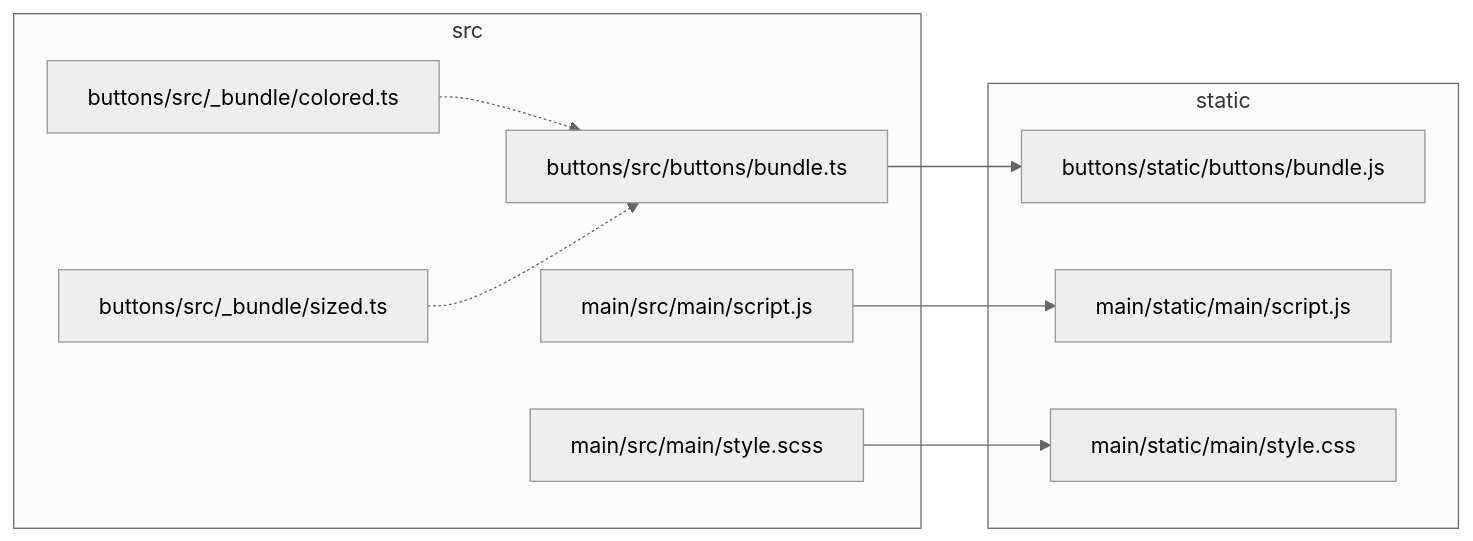
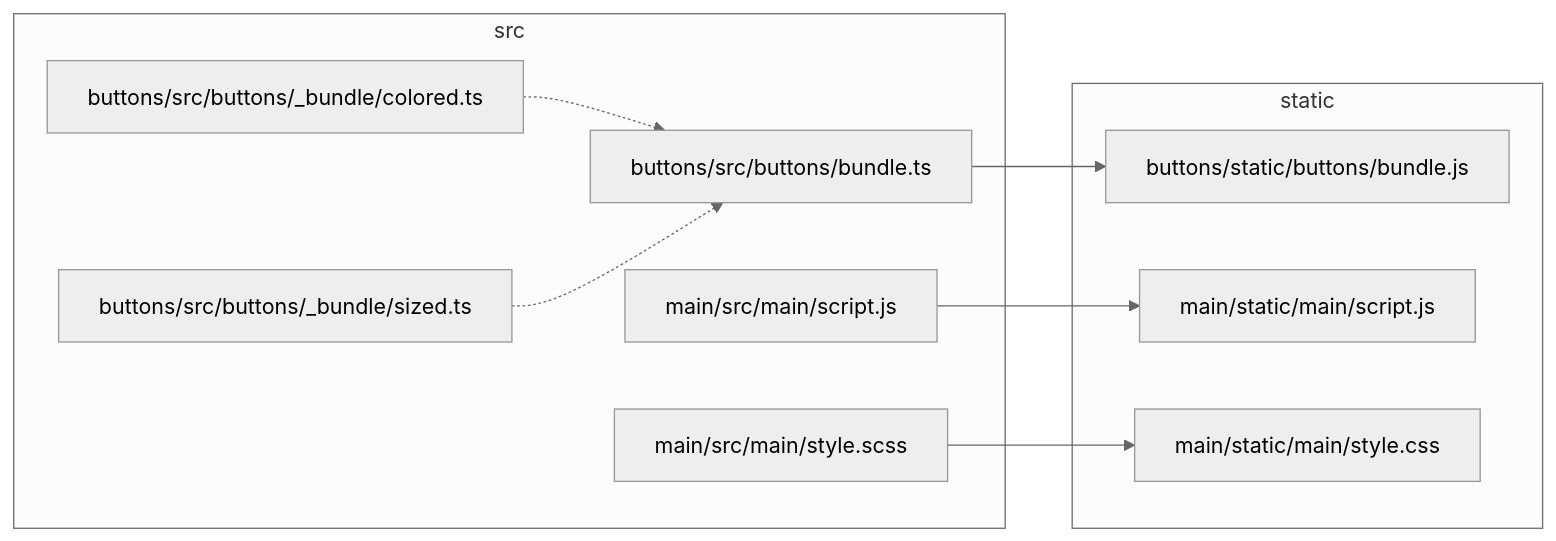
The diagram in README.md (n1k0r/django-esbuild), drawn with Mermaid (neutral theme) before and after one commit.

````diff
--- a/README.md
+++ b/README.md
@@ -10,23 +10,23 @@
 ```mermaid
 flowchart LR
     subgraph src
-        src_buttons_colored[buttons/src/_bundle/colored.ts]
-        src_buttons_sized[buttons/src/_bundle/sized.ts]
+        src_buttons_colored[buttons/src/buttons/_bundle/colored.ts]
+        src_buttons_sized[buttons/src/buttons/_bundle/sized.ts]
         src_buttons_bundle[buttons/src/buttons/bundle.ts]
         src_main_script[main/src/main/script.js]
         src_main_style[main/src/main/style.scss]
 
         src_buttons_colored -.-> src_buttons_bundle
         src_buttons_sized -.-> src_buttons_bundle
     end
 
     subgraph dest[static]
         dest_buttons_bundle[buttons/static/buttons/bundle.js]
         dest_main_script[main/static/main/script.js]
         dest_main_style[main/static/main/style.css]
     end
 
     src_buttons_bundle --> dest_buttons_bundle
     src_main_script --> dest_main_script
     src_main_style --> dest_main_style
 ```
````
